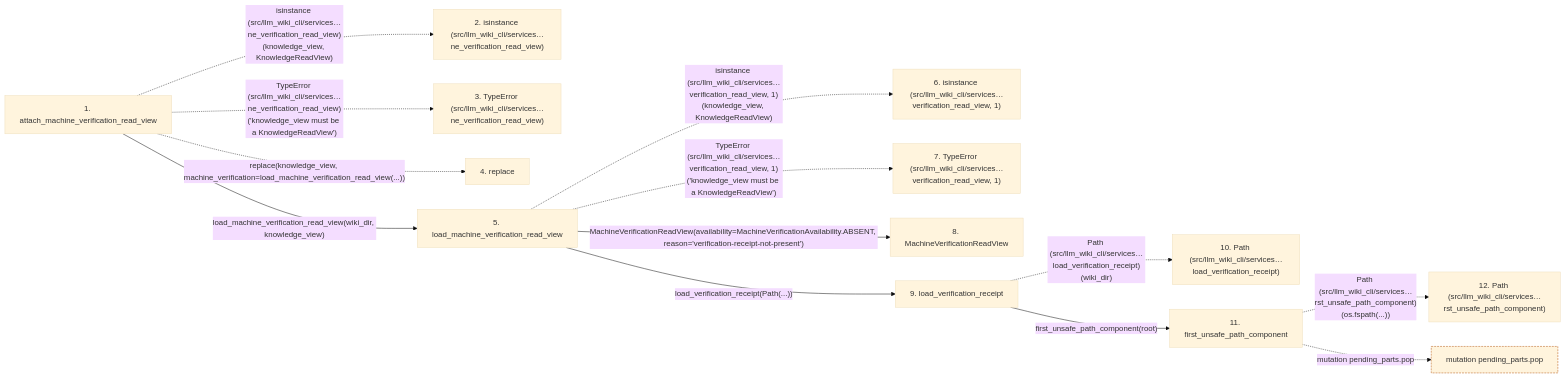
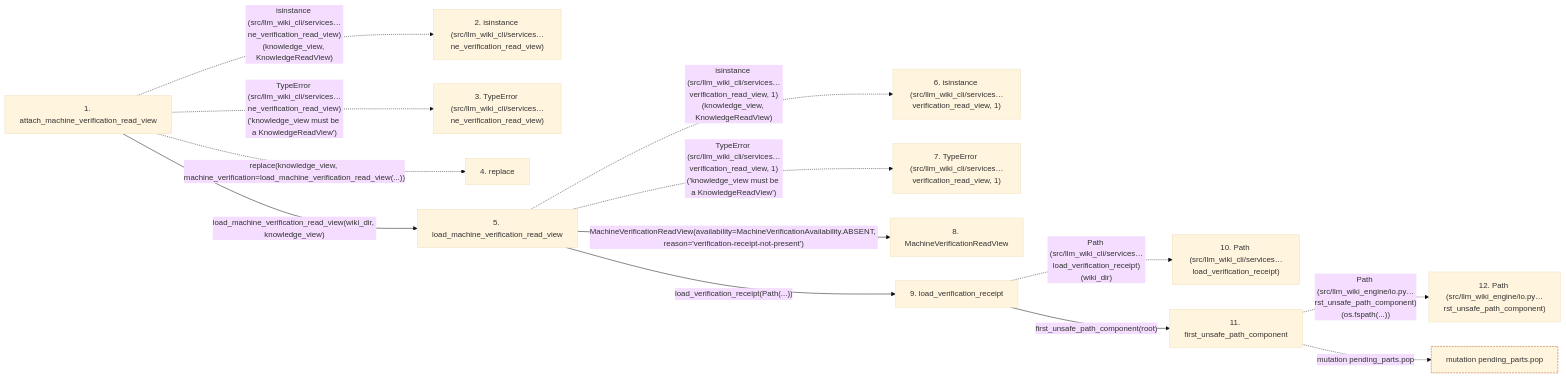
Before and after one commit to Denissvgn/python-wiki-llm: the second of 2 diagrams in docs/llm_wiki/flows/api-attach_machine_verification_read_view.md, drawn with Mermaid (base theme). The commit also changed other lines of this file and 739 other files, not shown here.

First line of the commit message:
docs: refresh the wiki for the second engine batch

````diff
--- a/docs/llm_wiki/flows/api-attach_machine_verification_read_view.md
+++ b/docs/llm_wiki/flows/api-attach_machine_verification_read_view.md
@@ -141,35 +141,35 @@
 ```mermaid
 flowchart LR
     s1["1. attach_machine_verification_read_view"]
     s2["2. isinstance (src/llm_wiki_cli/services…ne_verification_read_view)"]
     s3["3. TypeError (src/llm_wiki_cli/services…ne_verification_read_view)"]
     s4["4. replace"]
     s5["5. load_machine_verification_read_view"]
     s6["6. isinstance (src/llm_wiki_cli/services…verification_read_view, 1)"]
     s7["7. TypeError (src/llm_wiki_cli/services…verification_read_view, 1)"]
     s8["8. MachineVerificationReadView"]
     s9["9. load_verification_receipt"]
     s10["10. Path (src/llm_wiki_cli/services…load_verification_receipt)"]
     s11["11. first_unsafe_path_component"]
-    s12["12. Path (src/llm_wiki_cli/services…rst_unsafe_path_component)"]
+    s12["12. Path (src/llm_wiki_engine/io.py…rst_unsafe_path_component)"]
     s1 -. "isinstance (src/llm_wiki_cli/services…ne_verification_read_view)(knowledge_view, KnowledgeReadView)" .-> s2
     s1 -. "TypeError (src/llm_wiki_cli/services…ne_verification_read_view)('knowledge_view must be a KnowledgeReadView')" .-> s3
     s1 -. "replace(knowledge_view, machine_verification=load_machine_verification_read_view(...))" .-> s4
     s1 -->|"load_machine_verification_read_view(wiki_dir, knowledge_view)"| s5
     s5 -. "isinstance (src/llm_wiki_cli/services…verification_read_view, 1)(knowledge_view, KnowledgeReadView)" .-> s6
     s5 -. "TypeError (src/llm_wiki_cli/services…verification_read_view, 1)('knowledge_view must be a KnowledgeReadView')" .-> s7
     s5 -->|"MachineVerificationReadView(availability=MachineVerificationAvailability.ABSENT, reason='verification-receipt-not-present')"| s8
     s5 -->|"load_verification_receipt(Path(...))"| s9
     s9 -. "Path (src/llm_wiki_cli/services…load_verification_receipt)(wiki_dir)" .-> s10
     s9 -->|"first_unsafe_path_component(root)"| s11
-    s11 -. "Path (src/llm_wiki_cli/services…rst_unsafe_path_component)(os.fspath(...))" .-> s12
+    s11 -. "Path (src/llm_wiki_engine/io.py…rst_unsafe_path_component)(os.fspath(...))" .-> s12
     b0["mutation pending_parts.pop"]
     s11 -. "mutation pending_parts.pop" .-> b0
     click s1 "../modules/knowledge_verification.md"
     click s5 "../modules/knowledge_verification.md"
     click s8 "../modules/knowledge_consumption.md"
     click s9 "../modules/verification_contracts.md"
     click s11 "../modules/io.md"
     classDef boundary stroke:#b45309,stroke-dasharray: 4 2
     class b0 boundary
 ```
````
